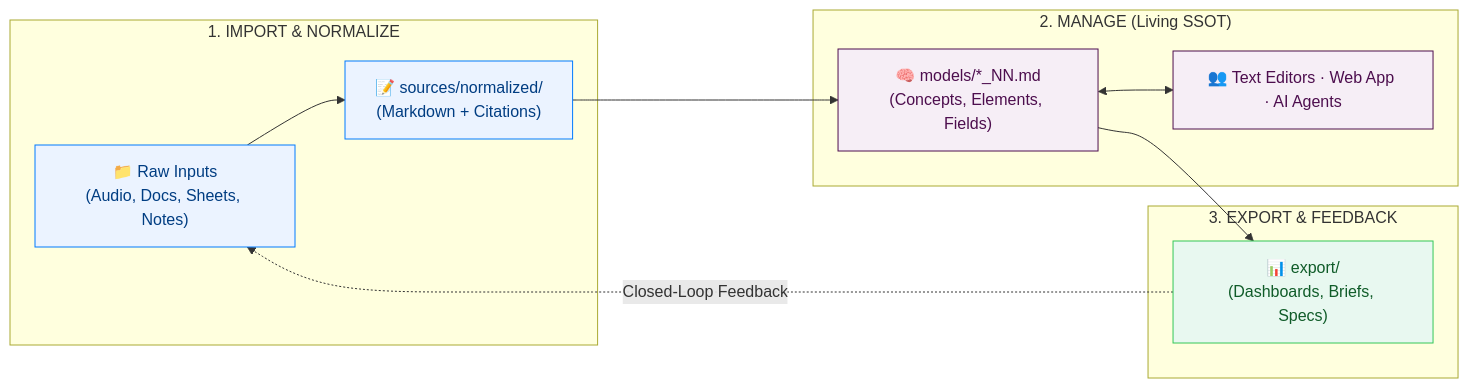
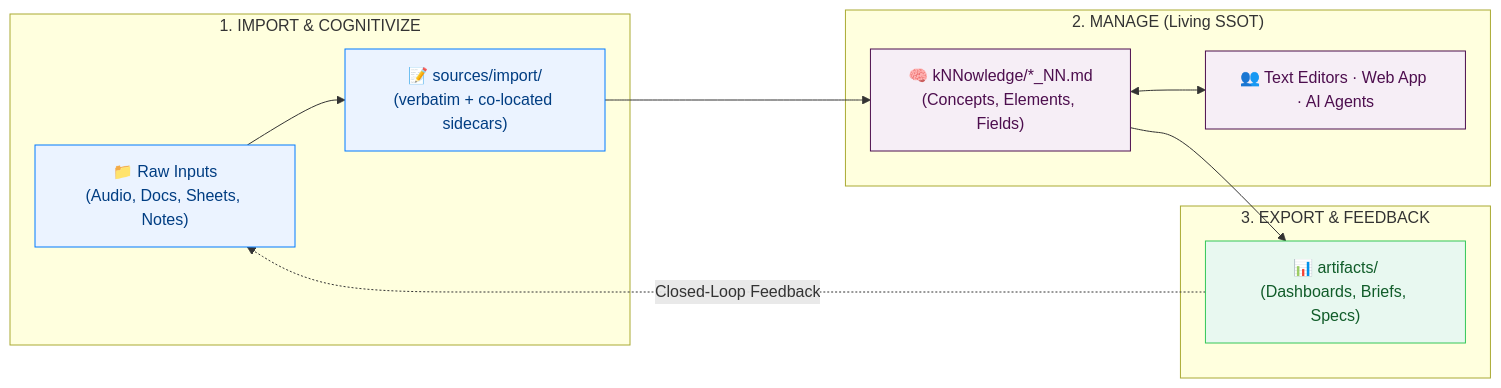
Before and after one commit to cogNNitive/cogNNitive-web: the diagram in docs/index.md, drawn with Mermaid. The commit also changed other lines of this file and 298 other files, not shown here.

````diff
--- a/docs/index.md
+++ b/docs/index.md
@@ -25,24 +25,24 @@
 ```mermaid
 flowchart LR
-    subgraph P1["1. IMPORT & NORMALIZE"]
-        RAW["📁 Raw Inputs\n(Audio, Docs, Sheets, Notes)"] --> NORM["📝 sources/normalized/\n(Markdown + Citations)"]
+    subgraph P1["1. IMPORT & COGNITIVIZE"]
+        RAW["📁 Raw Inputs\n(Audio, Docs, Sheets, Notes)"] --> NORM["📝 sources/import/\n(verbatim + co-located sidecars)"]
     end
 
     subgraph P2["2. MANAGE (Living SSOT)"]
-        NORM --> MOD["🧠 models/*_NN.md\n(Concepts, Elements, Fields)"]
+        NORM --> MOD["🧠 kNNowledge/*_NN.md\n(Concepts, Elements, Fields)"]
         MOD <--> EDIT["👥 Text Editors · Web App · AI Agents"]
     end
 
     subgraph P3["3. EXPORT & FEEDBACK"]
-        MOD --> ART["📊 export/\n(Dashboards, Briefs, Specs)"]
+        MOD --> ART["📊 artifacts/\n(Dashboards, Briefs, Specs)"]
         ART -.->|"Closed-Loop Feedback"| RAW
     end
 
     classDef p1 fill:#EBF3FF,stroke:#007AFF,color:#003D82;
     classDef p2 fill:#F6EEF6,stroke:#4D0E4E,color:#4D0E4E;
     classDef p3 fill:#E8F8F0,stroke:#34C759,color:#105C29;
 
     class RAW,NORM p1;
     class MOD,EDIT p2;
     class ART p3;
 ```
````
